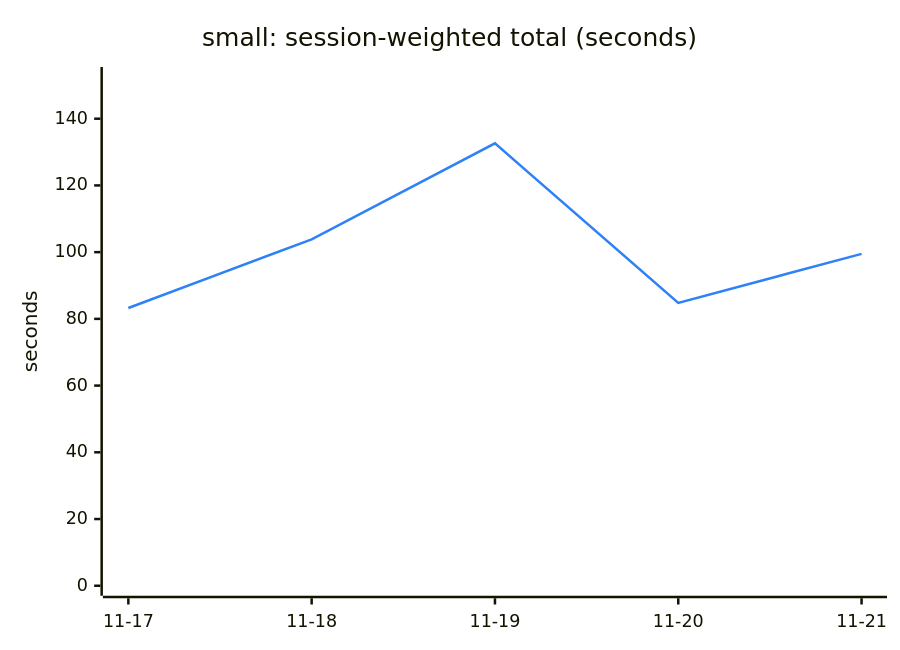
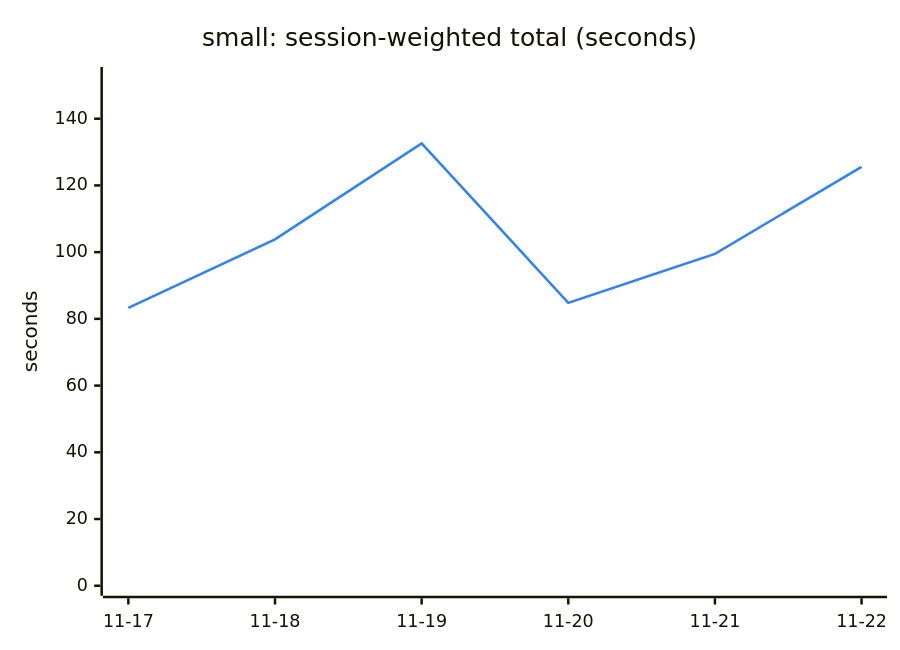
One commit to Ricovl/mxcli changed the first of 6 diagrams in TREND.md. Above: the diagram before and after it, drawn with Mermaid. The commit also changed other lines of this file and 2 other files, not shown here.

````diff
--- a/TREND.md
+++ b/TREND.md
@@ -13,13 +13,13 @@
 ```mermaid
 ---
 config:
   themeVariables:
     xyChart:
       plotColorPalette: "#2f81f7"
 ---
 xychart-beta
     title "small: session-weighted total (seconds)"
-    x-axis ["11-17", "11-18", "11-19", "11-20", "11-21"]
+    x-axis ["11-17", "11-18", "11-19", "11-20", "11-21", "11-22"]
     y-axis "seconds" 0 --> 152.50
-    line [83.27, 103.84, 132.61, 84.80, 99.49]
+    line [83.27, 103.84, 132.61, 84.80, 99.49, 125.58]
 ```
````
